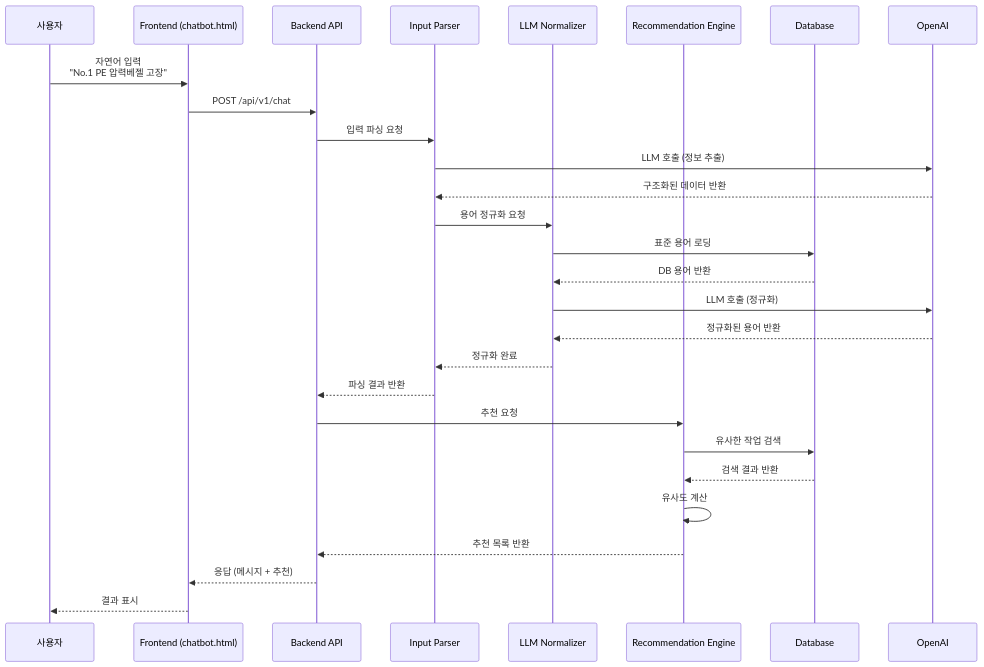
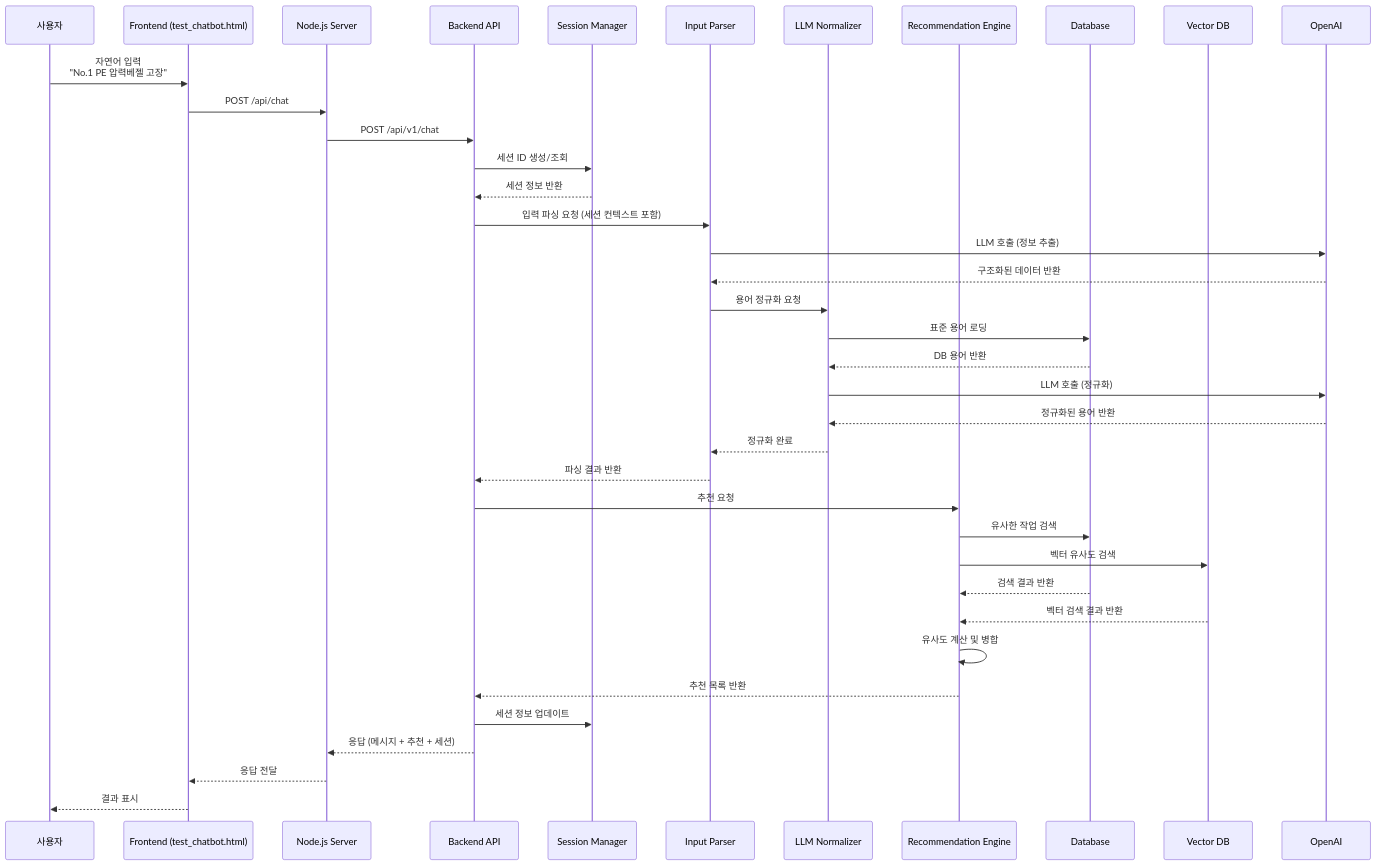
One commit to SKAI-KojunK/PMark3 changed the second of 3 diagrams in docs/SYSTEM_ARCHITECTURE.md. Above: the diagram before and after it, drawn with Mermaid. The commit also changed other lines of this file and 5 other files, not shown here.

First line of the commit message:
docs: PMark3 문서 전체 업데이트 - 시스템 아키텍처, API 문서, 개발 가이드, 빠른 시작 가이드, 시스템 시작 가이드, 빠른 명령어 가이드 업데이트

````diff
--- a/docs/SYSTEM_ARCHITECTURE.md
+++ b/docs/SYSTEM_ARCHITECTURE.md
@@ -65,31 +76,41 @@
 ```mermaid
 sequenceDiagram
     participant U as 사용자
-    participant UI as Frontend (chatbot.html)
+    participant UI as Frontend (test_chatbot.html)
+    participant NODE as Node.js Server
     participant API as Backend API
+    participant S as Session Manager
     participant P as Input Parser
     participant N as LLM Normalizer
     participant R as Recommendation Engine
     participant D as Database
+    participant V as Vector DB
     participant O as OpenAI
 
     U->>UI: 자연어 입력<br/>"No.1 PE 압력베젤 고장"
-    UI->>API: POST /api/v1/chat
-    API->>P: 입력 파싱 요청
+    UI->>NODE: POST /api/chat
+    NODE->>API: POST /api/v1/chat
+    API->>S: 세션 ID 생성/조회
+    S-->>API: 세션 정보 반환
+    API->>P: 입력 파싱 요청 (세션 컨텍스트 포함)
     P->>O: LLM 호출 (정보 추출)
     O-->>P: 구조화된 데이터 반환
     P->>N: 용어 정규화 요청
     N->>D: 표준 용어 로딩
     D-->>N: DB 용어 반환
     N->>O: LLM 호출 (정규화)
     O-->>N: 정규화된 용어 반환
     N-->>P: 정규화 완료
     P-->>API: 파싱 결과 반환
     API->>R: 추천 요청
     R->>D: 유사한 작업 검색
+    R->>V: 벡터 유사도 검색
     D-->>R: 검색 결과 반환
-    R->>R: 유사도 계산
+    V-->>R: 벡터 검색 결과 반환
+    R->>R: 유사도 계산 및 병합
     R-->>API: 추천 목록 반환
-    API-->>UI: 응답 (메시지 + 추천)
+    API->>S: 세션 정보 업데이트
+    API-->>NODE: 응답 (메시지 + 추천 + 세션)
+    NODE-->>UI: 응답 전달
     UI-->>U: 결과 표시
 ```
````
